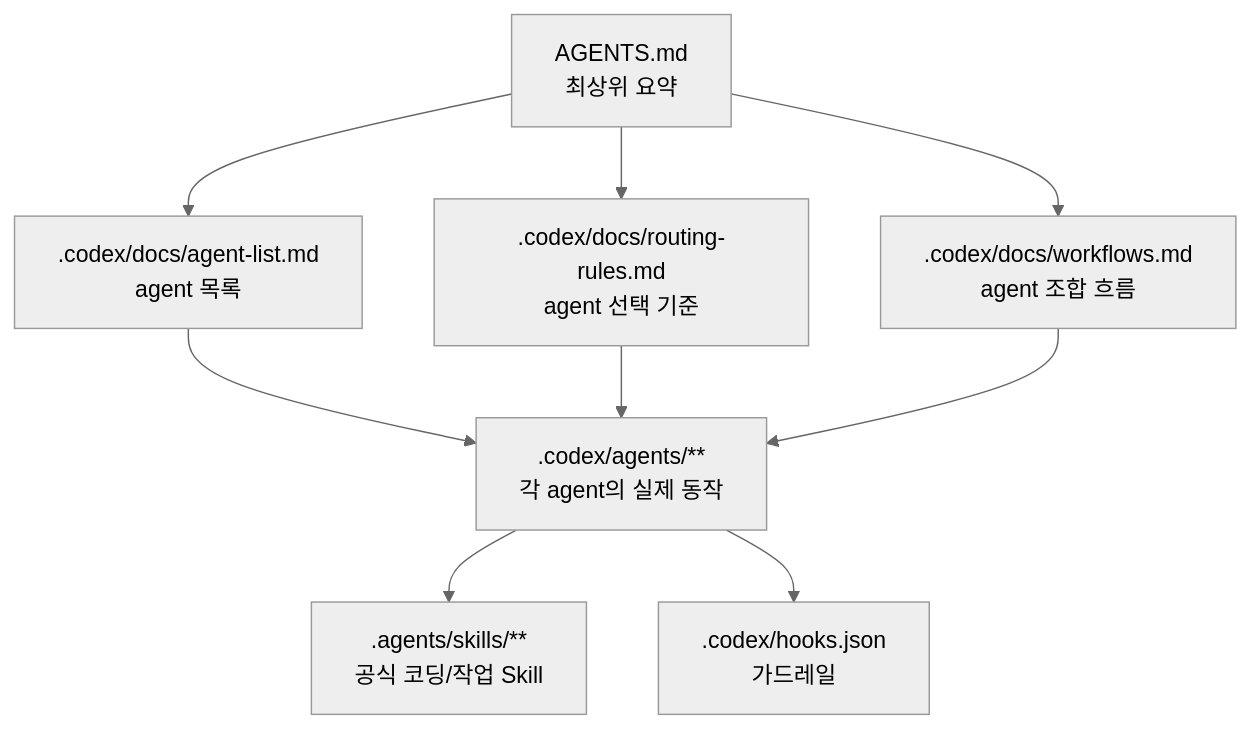
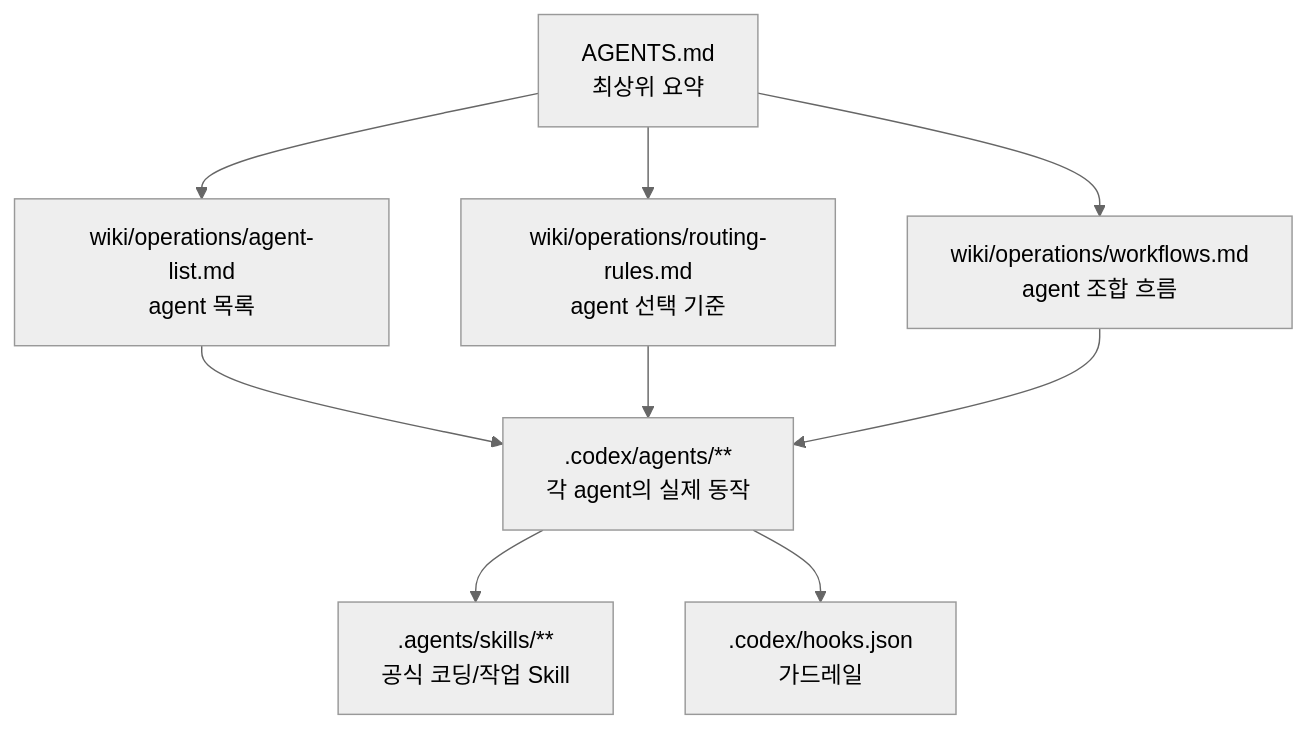
One commit to chanho0908/Keepiluv-Agent changed the eighth of 8 diagrams in README.md. Above: the diagram before and after it, drawn with Mermaid (neutral theme). The commit also changed other lines of this file and 62 other files, not shown here.

````diff
--- a/README.md
+++ b/README.md
@@ -239,13 +239,13 @@
 ```mermaid
 flowchart TD
-    A["AGENTS.md<br/>최상위 요약"] --> R[".codex/docs/routing-rules.md<br/>agent 선택 기준"]
-    A --> W[".codex/docs/workflows.md<br/>agent 조합 흐름"]
-    A --> L[".codex/docs/agent-list.md<br/>agent 목록"]
+    A["AGENTS.md<br/>최상위 요약"] --> R["wiki/operations/routing-rules.md<br/>agent 선택 기준"]
+    A --> W["wiki/operations/workflows.md<br/>agent 조합 흐름"]
+    A --> L["wiki/operations/agent-list.md<br/>agent 목록"]
 
     L --> AG[".codex/agents/**<br/>각 agent의 실제 동작"]
     R --> AG
     W --> AG
 
     AG --> S[".agents/skills/**<br/>공식 코딩/작업 Skill"]
     AG --> H[".codex/hooks.json<br/>가드레일"]
 ```
````
